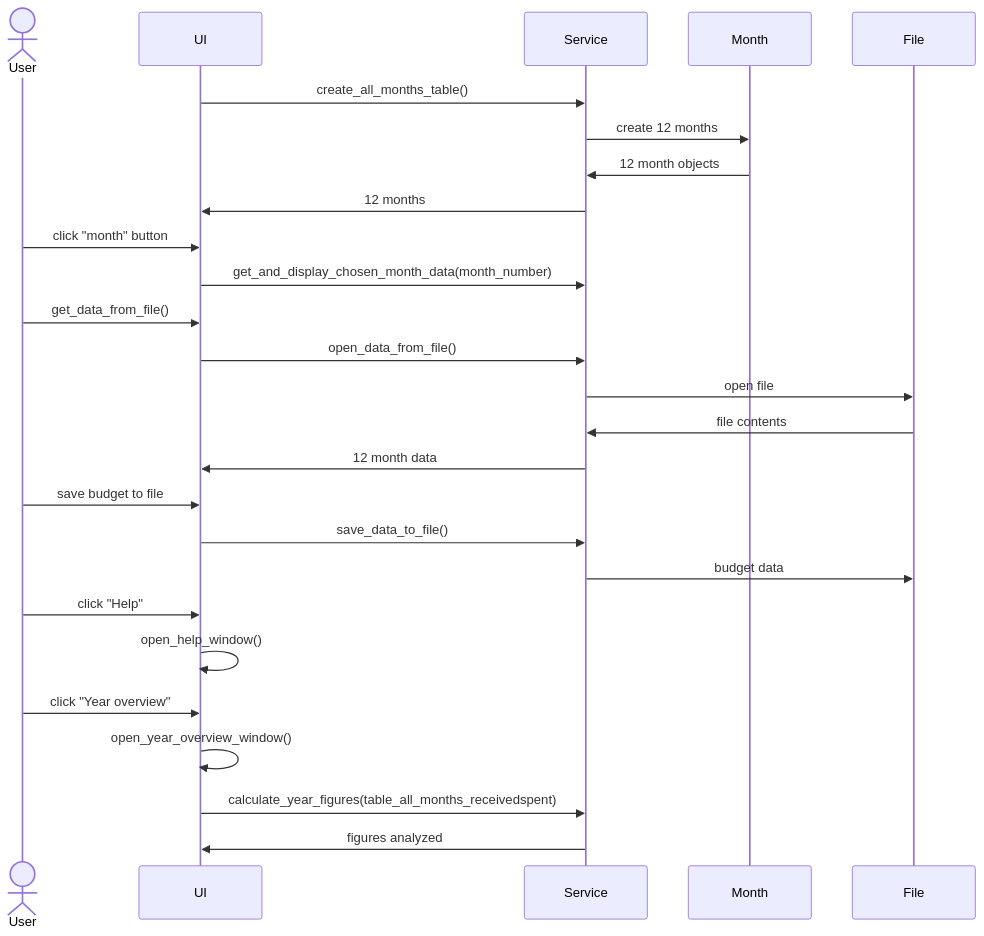
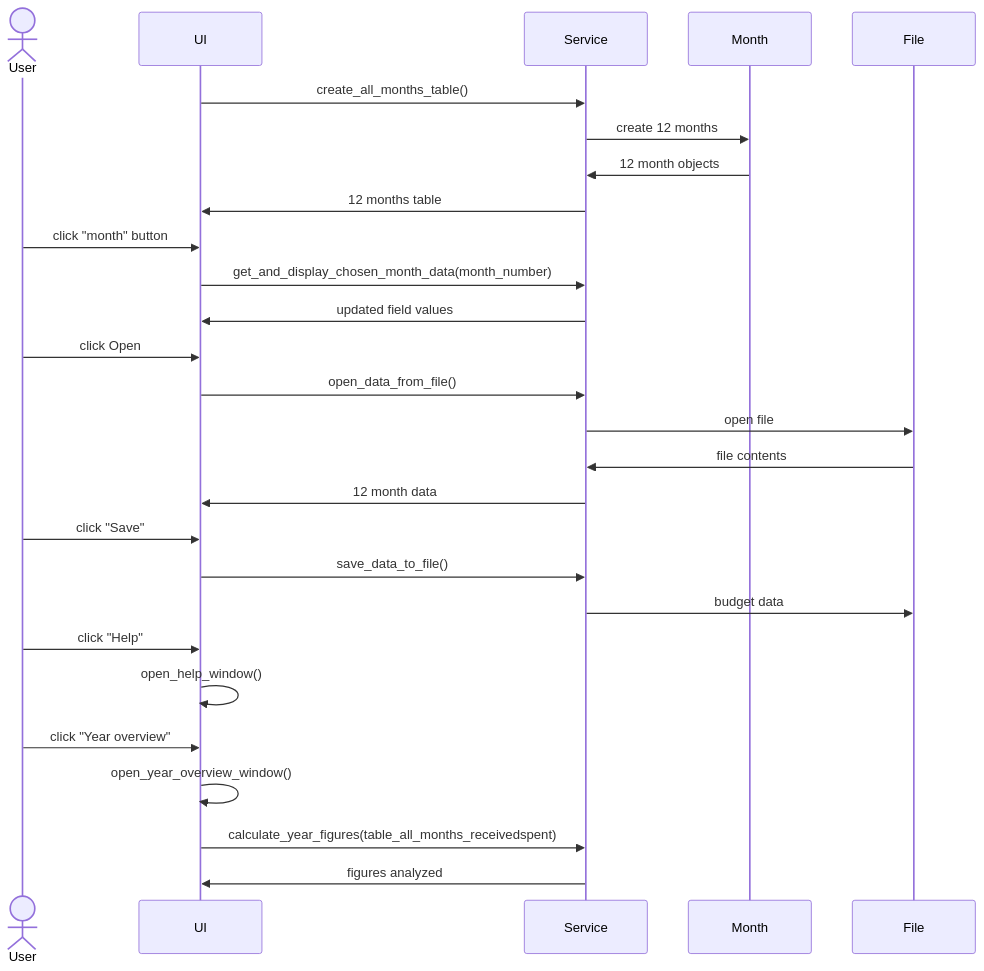
One commit to aarekr/ot-harjoitustyo changed the second of 2 diagrams in EveryEuro/dokumentaatio/arkkitehtuuri.md. Above: the diagram before and after it, drawn with Mermaid. The commit also changed other lines of this file and 6 other files, not shown here.

````diff
--- a/EveryEuro/dokumentaatio/arkkitehtuuri.md
+++ b/EveryEuro/dokumentaatio/arkkitehtuuri.md
@@ -54,28 +52,29 @@
 ```mermaid
 sequenceDiagram
   actor User
   participant UI
   participant Service
   participant Month
   participant File
   UI->>Service: create_all_months_table()
   Service->>Month: create 12 months
   Month->>Service: 12 month objects
-  Service->>UI: 12 months
+  Service->>UI: 12 months table
   User->>UI: click "month" button
   UI->>Service: get_and_display_chosen_month_data(month_number)
-  User->>UI: get_data_from_file()
+  Service->>UI: updated field values
+  User->>UI: click Open
   UI->>Service: open_data_from_file()
   Service->>File: open file
   File->>Service: file contents
   Service->>UI: 12 month data
-  User->>UI: save budget to file
+  User->>UI: click "Save"
   UI->>Service: save_data_to_file()
   Service->>File: budget data
   User->>UI: click "Help"
   UI->>UI: open_help_window()
   User->>UI: click "Year overview"
   UI->>UI: open_year_overview_window()
   UI->>Service: calculate_year_figures(table_all_months_receivedspent)
   Service->>UI: figures analyzed
 ```
````
